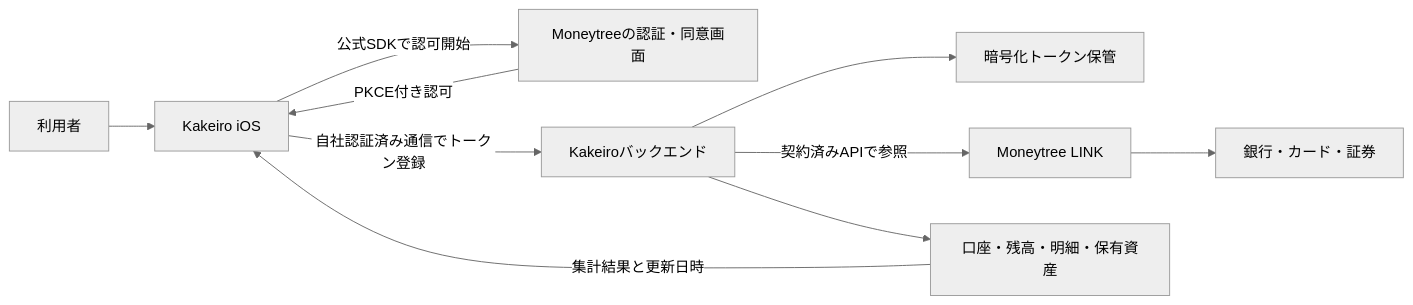
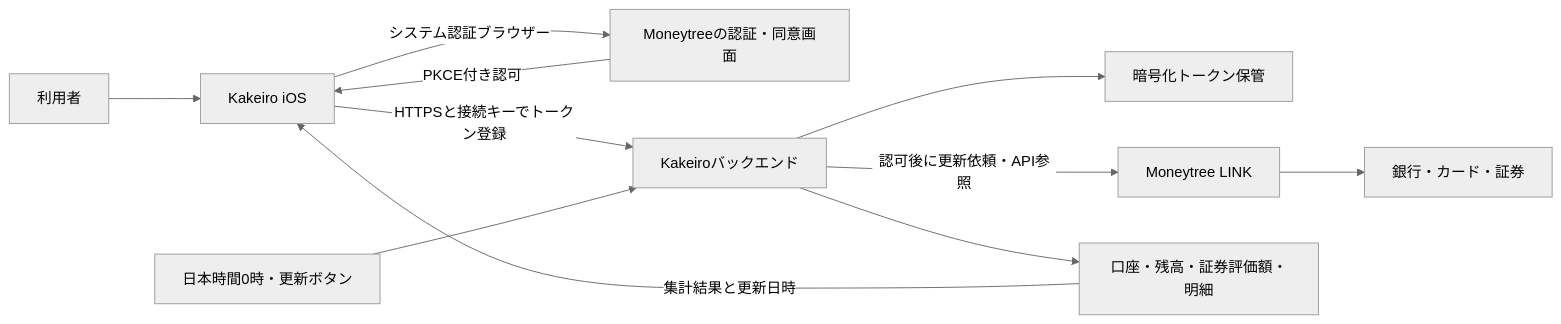
Before and after one commit to sh-adachi/Kakeiro: the diagram in Docs/FinancialConnections.md, drawn with Mermaid (neutral theme). The commit also changed other lines of this file and 51 other files, not shown here.

````diff
--- a/Docs/FinancialConnections.md
+++ b/Docs/FinancialConnections.md
@@ -52,12 +56,13 @@
 ```mermaid
 flowchart LR
     User[利用者] --> App[Kakeiro iOS]
-    App -->|公式SDKで認可開始| Consent[Moneytreeの認証・同意画面]
+    App -->|システム認証ブラウザー| Consent[Moneytreeの認証・同意画面]
     Consent -->|PKCE付き認可| App
-    App -->|自社認証済み通信でトークン登録| API[Kakeiroバックエンド]
+    App -->|HTTPSと接続キーでトークン登録| API[Kakeiroバックエンド]
     API --> Vault[暗号化トークン保管]
-    API -->|契約済みAPIで参照| Provider[Moneytree LINK]
+    Clock[日本時間0時・更新ボタン] --> API
+    API -->|認可後に更新依頼・API参照| Provider[Moneytree LINK]
     Provider --> Institutions[銀行・カード・証券]
-    API --> Store[口座・残高・明細・保有資産]
+    API --> Store[口座・残高・証券評価額・明細]
     Store -->|集計結果と更新日時| App
 ```
````
